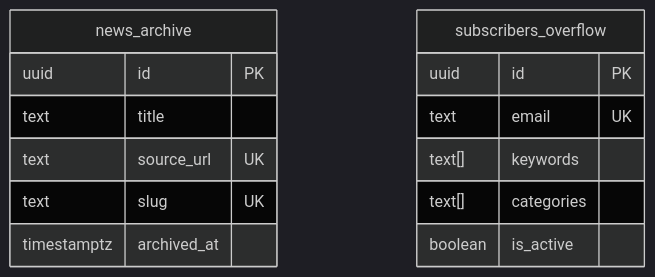
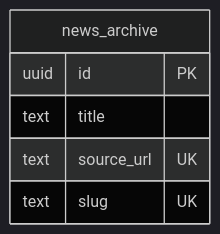
One commit to amitkr26/SiliconPath changed the second of 4 diagrams in project-bible/06-database/er-diagram.md. Above: the diagram before and after it, drawn with Mermaid (dark theme). The commit also changed other lines of this file and 40 other files, not shown here.

````diff
--- a/project-bible/06-database/er-diagram.md
+++ b/project-bible/06-database/er-diagram.md
@@ -147,18 +86,9 @@
 ```mermaid
 erDiagram
     news_archive {
         uuid id PK
         text title
         text source_url UK
         text slug UK
-        timestamptz archived_at
-    }
-    
-    subscribers_overflow {
-        uuid id PK
-        text email UK
-        text[] keywords
-        text[] categories
-        boolean is_active
     }
 ```
````
